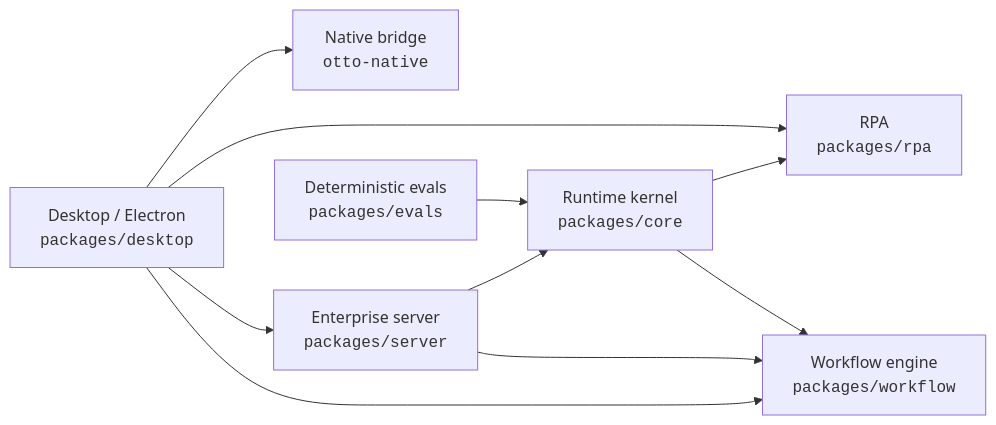
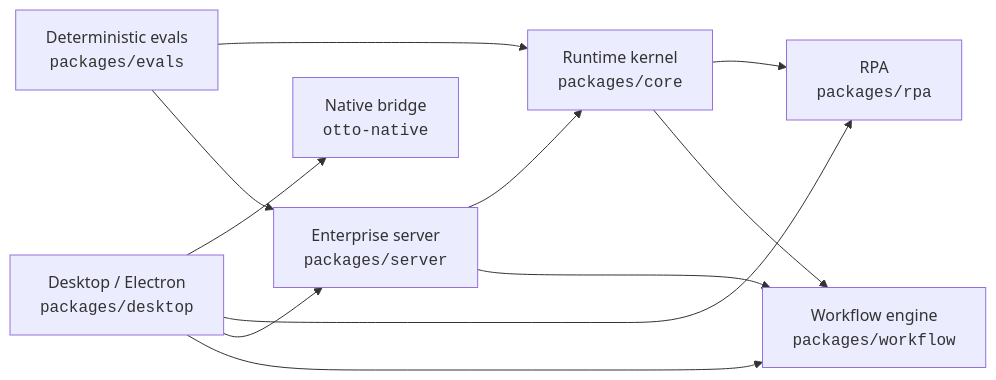
Before and after one commit to NSIETeam/otto-new: the first of 5 diagrams in docs/code-map.md, drawn with Mermaid. The commit also changed 50 other files, not shown here.

````diff
--- a/docs/code-map.md
+++ b/docs/code-map.md
@@ -8,19 +8,20 @@
 ```mermaid
 flowchart LR
   p1["Runtime kernel<br/><code>packages/core</code>"]
   p2["Enterprise server<br/><code>packages/server</code>"]
   p3["Desktop / Electron<br/><code>packages/desktop</code>"]
   p4["Native bridge<br/><code>otto-native</code>"]
   p5["Deterministic evals<br/><code>packages/evals</code>"]
   p6["Workflow engine<br/><code>packages/workflow</code>"]
   p7["RPA<br/><code>packages/rpa</code>"]
   p1 --> p7
   p1 --> p6
   p2 --> p1
   p2 --> p6
   p3 --> p4
   p3 --> p7
   p3 --> p2
   p3 --> p6
   p5 --> p1
+  p5 --> p2
 ```
````
